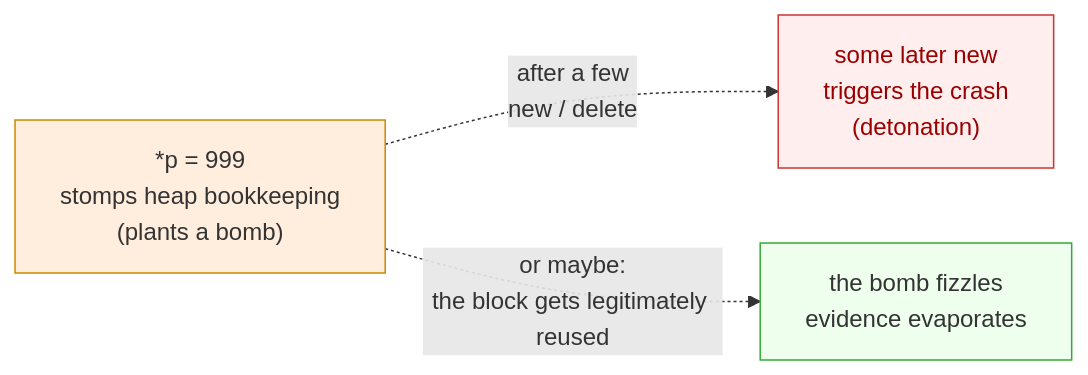
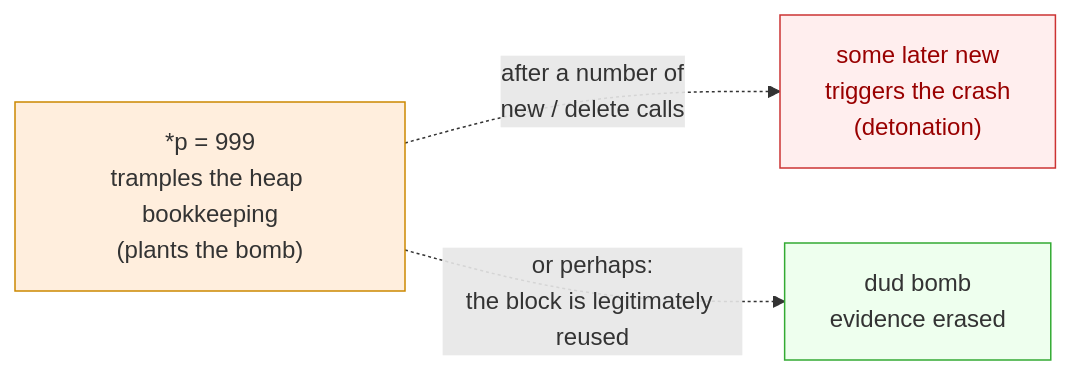
The second of 2 diagrams in documents/en/crash-lab/a-memory-safety/02-use-after-free.md (Awesome-Embedded-Learning-Studio/Tutorial_AwesomeModernCPP), drawn with Mermaid before and after one commit. The commit also changed other lines of this file and 605 other files, not shown here.

````diff
--- a/documents/en/crash-lab/a-memory-safety/02-use-after-free.md
+++ b/documents/en/crash-lab/a-memory-safety/02-use-after-free.md
@@ -105,8 +106,8 @@
 ```mermaid
 graph LR
-  A["*p = 999<br/>stomps heap bookkeeping<br/>(plants a bomb)"] -. after a few<br/>new / delete .-> B["some later new<br/>triggers the crash<br/>(detonation)"]
-  A -. or maybe:<br/>the block gets legitimately reused .-> C["the bomb fizzles<br/>evidence evaporates"]
+  A["*p = 999<br/>tramples the heap bookkeeping<br/>(plants the bomb)"] -. after a number of<br/>new / delete calls .-> B["some later new<br/>triggers the crash<br/>(detonation)"]
+  A -. or perhaps:<br/>the block is legitimately reused .-> C["dud bomb<br/>evidence erased"]
   style A fill:#fed,stroke:#c80
   style B fill:#fee,stroke:#c33,color:#900
   style C fill:#efe,stroke:#3a3
 ```
````
